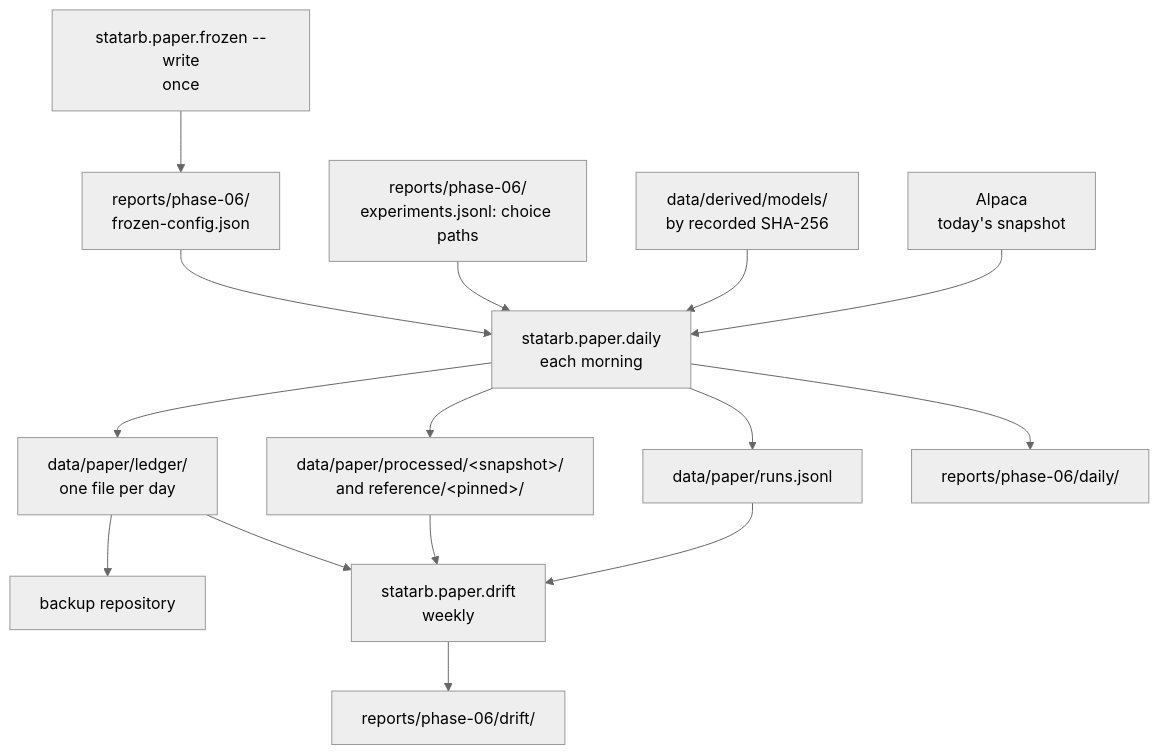
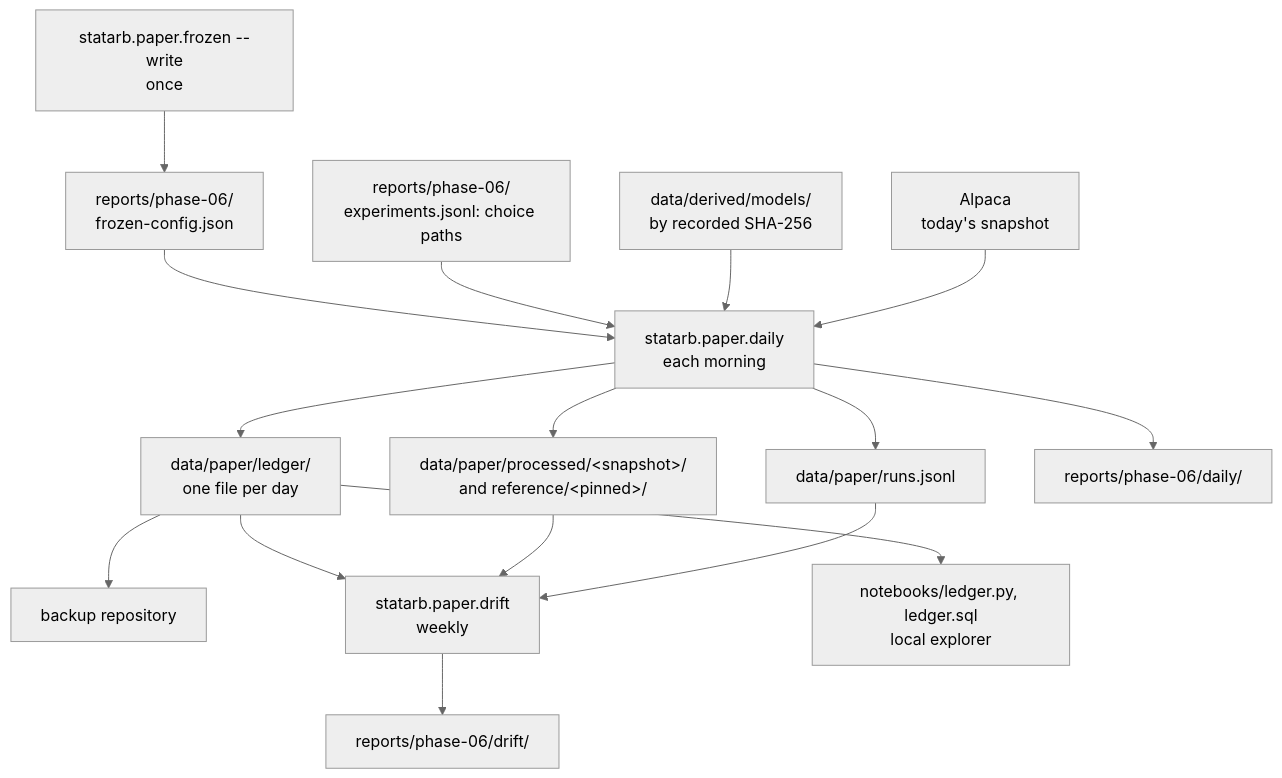
Before and after one commit to tcrossland/stat-arb-from-scratch: the third of 3 diagrams in docs/architecture.md, drawn with Mermaid (neutral theme). The commit also changed 5 other files, not shown here.

First line of the commit message:
feat(paper): add the ledger explorer app

````diff
--- a/docs/architecture.md
+++ b/docs/architecture.md
@@ -52,17 +52,18 @@
 ```mermaid
 flowchart TB
     FZ["statarb.paper.frozen --write<br/>once"] --> FR["reports/phase-06/<br/>frozen-config.json"]
     FR --> D["statarb.paper.daily<br/>each morning"]
     CHR["reports/phase-06/<br/>experiments.jsonl: choice paths"] --> D
     MM["data/derived/models/<br/>by recorded SHA-256"] --> D
     A["Alpaca<br/>today's snapshot"] --> D
     D --> PT["data/paper/processed/&lt;snapshot&gt;/<br/>and reference/&lt;pinned&gt;/"]
     D --> L["data/paper/ledger/<br/>one file per day"]
     D --> RL["data/paper/runs.jsonl"]
     D --> N["reports/phase-06/daily/"]
     L --> BK["backup repository"]
     L --> DR["statarb.paper.drift<br/>weekly"]
+    L --> EX["notebooks/ledger.py, ledger.sql<br/>local explorer"]
     PT --> DR
     RL --> DR
     DR --> DRR["reports/phase-06/drift/"]
 ```
````
